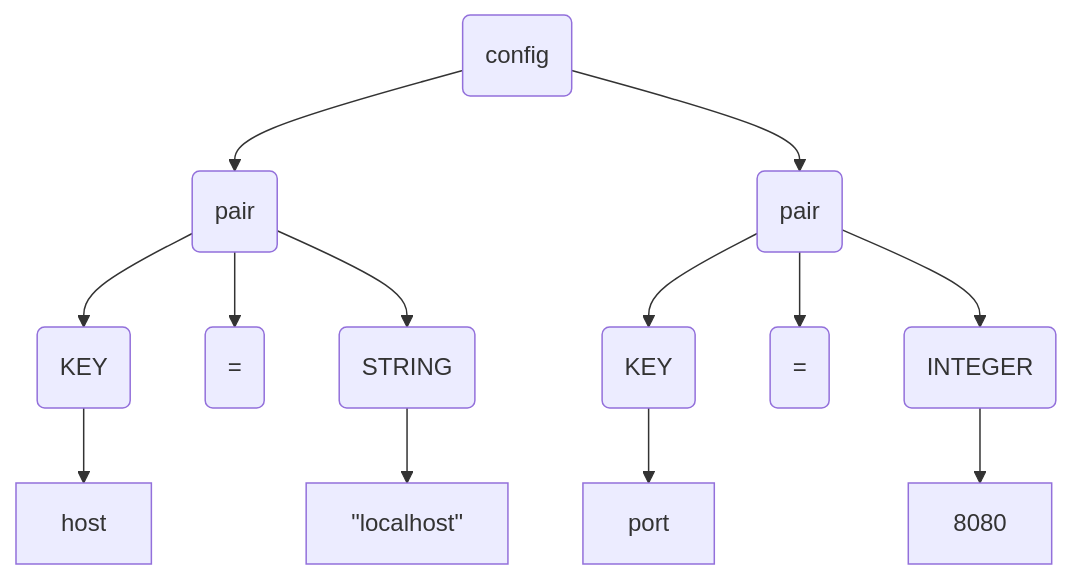
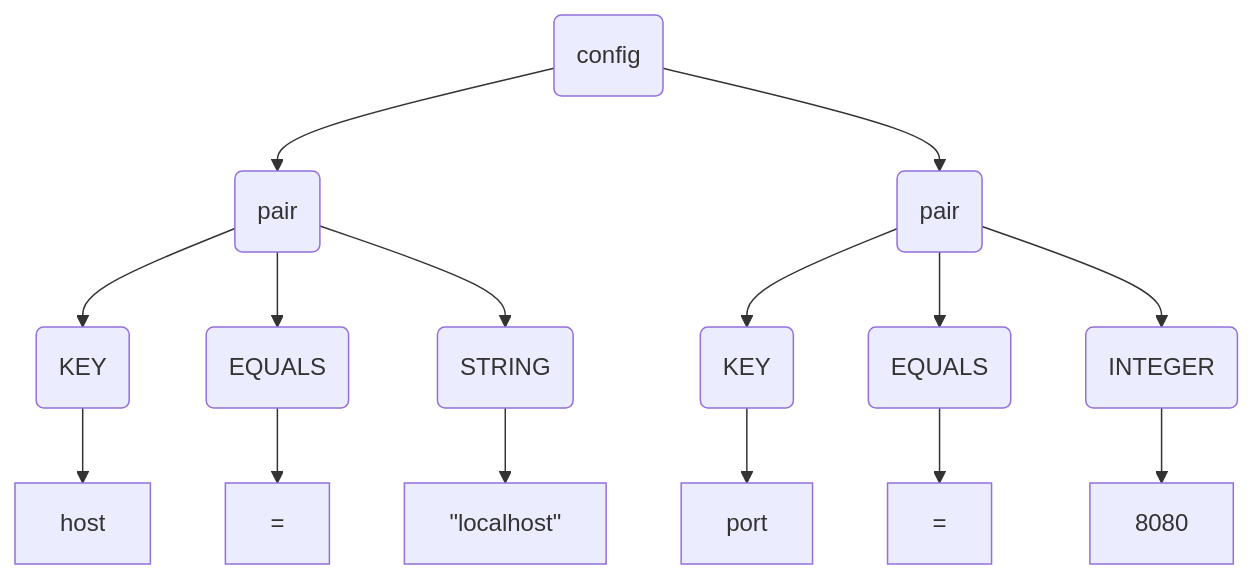
Before and after one commit to airbag-cli/airbag: the diagram in doc/getting-started.md, drawn with Mermaid.

Commit message:
Equals signs as node

````diff
--- a/doc/getting-started.md
+++ b/doc/getting-started.md
@@ -37,17 +37,19 @@
 ```mermaid
 graph TD
     A(config)
     A --> B(pair)
     A --> C(pair)
     B --> D(KEY)
-    B --> E(=)
+    B --> E(EQUALS)
     B --> F(STRING)
     C --> I(KEY)
-    C --> J(=)
+    C --> J(EQUALS)
     C --> K(INTEGER)
 
     D --> G["host"]
-    F --> H["&quot;localhost&quot;"]
-    I --> L["port"]
-    K --> M["8080"]
+    E --> H["="]
+    F --> L["&quot;localhost&quot;"]
+    I --> M["port"]
+    J --> N["="]
+    K --> Q["8080"]
 ```
````
